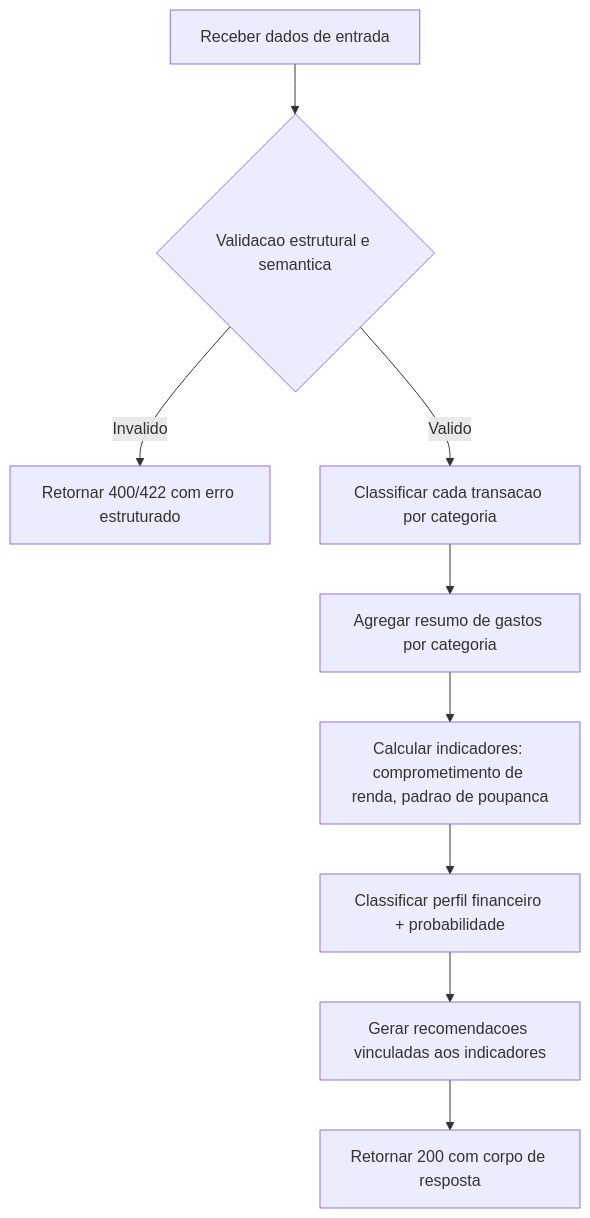
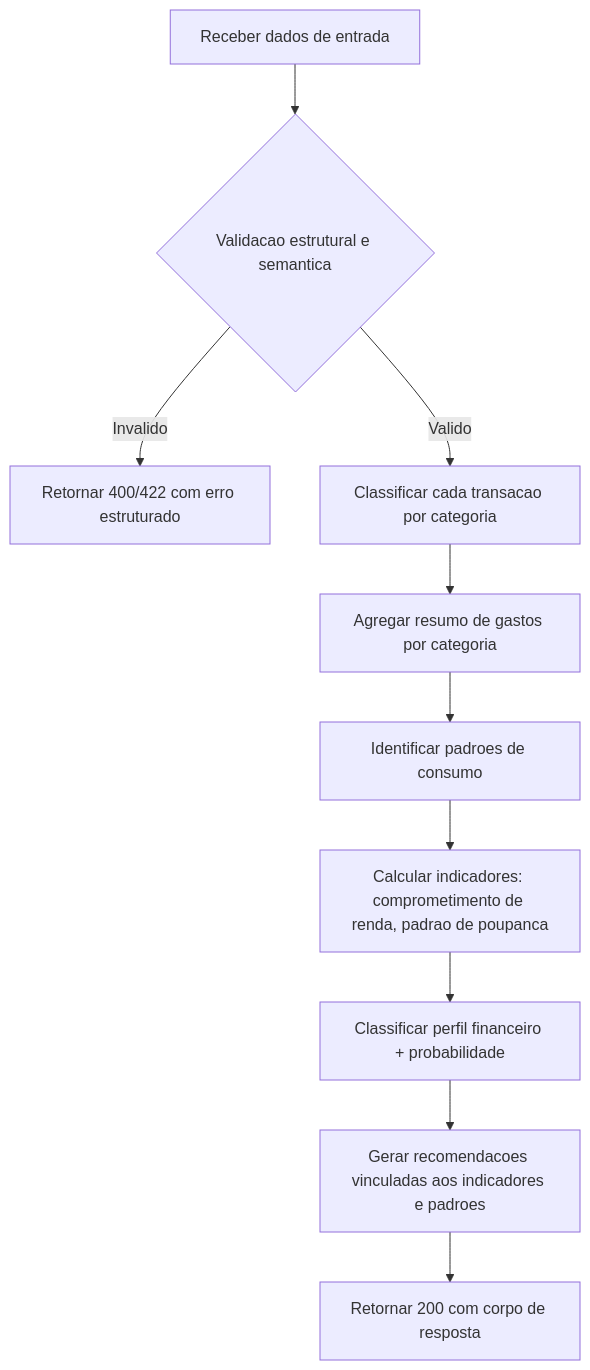
Before and after one commit to No-Country-simulation/G9-BR-Team-17-FinanceIA: the second of 3 diagrams in docs/CONTRATOS.md, drawn with Mermaid. The commit also changed other lines of this file, not shown here.

Commit message:
docs: adiciona campo padroes_identificados e fluxo de identificacao nos contratos

````diff
--- a/docs/CONTRATOS.md
+++ b/docs/CONTRATOS.md
@@ -142,11 +147,12 @@
 ```mermaid
 flowchart TD
     A[Receber dados de entrada] --> B{Validacao estrutural e semantica}
     B -- Invalido --> C[Retornar 400/422 com erro estruturado]
     B -- Valido --> D[Classificar cada transacao por categoria]
     D --> E[Agregar resumo de gastos por categoria]
-    E --> F[Calcular indicadores: comprometimento de renda, padrao de poupanca]
-    F --> G[Classificar perfil financeiro + probabilidade]
-    G --> H[Gerar recomendacoes vinculadas aos indicadores]
-    H --> I[Retornar 200 com corpo de resposta]
+    E --> F[Identificar padroes de consumo]
+    F --> G[Calcular indicadores: comprometimento de renda, padrao de poupanca]
+    G --> H[Classificar perfil financeiro + probabilidade]
+    H --> I[Gerar recomendacoes vinculadas aos indicadores e padroes]
+    I --> J[Retornar 200 com corpo de resposta]
 ```
````
